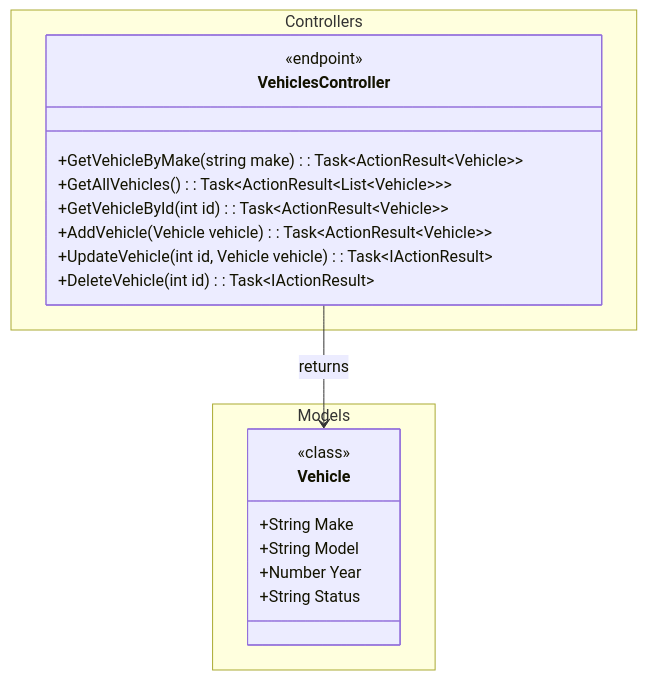
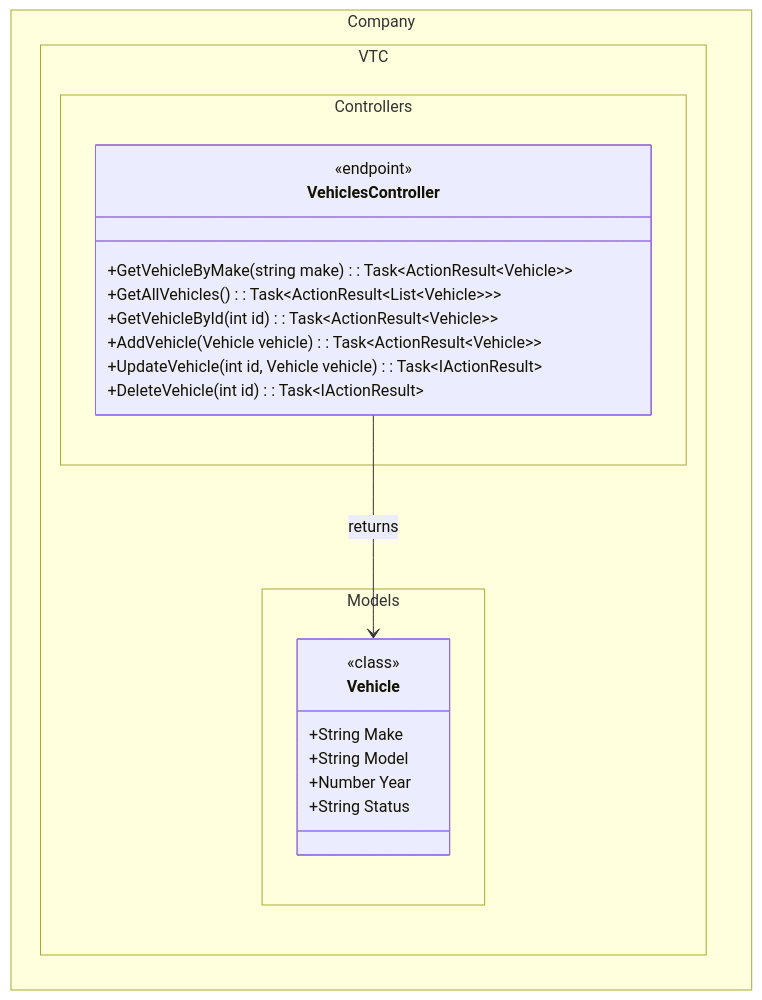
One commit to ReneLombard/mermaid-codegen changed the diagram in src/mermaid.md. Above: the diagram before and after it, drawn with Mermaid. The commit also changed 2 other files, not shown here.

Commit message:
update namespaces

````diff
--- a/src/mermaid.md
+++ b/src/mermaid.md
@@ -32,32 +32,32 @@
 ```mermaid
 classDiagram
 
-namespace Models {
+namespace Company.VTC.Models {
     class Vehicle {
         <<class>>
         %% vehicle brand
         +String Make
         %% specific model
         +String Model
         %% production year
         +Number Year
         +String Status
     }
 }
 
-namespace Controllers {
+namespace Company.VTC.Controllers {
     class VehiclesController {
         <<endpoint>>
         +GetVehicleByMake(string make): Task~ActionResult~Vehicle~~
         +GetAllVehicles(): Task~ActionResult~List~Vehicle~~~
         +GetVehicleById(int id): Task~ActionResult~Vehicle~~
         +AddVehicle(Vehicle vehicle): Task~ActionResult~Vehicle~~
         +UpdateVehicle(int id, Vehicle vehicle): Task~IActionResult~
         +DeleteVehicle(int id): Task~IActionResult~
     }
 }
 
 %% Vehicle for this controller
 VehiclesController --> Vehicle : returns
 
 ```
````
